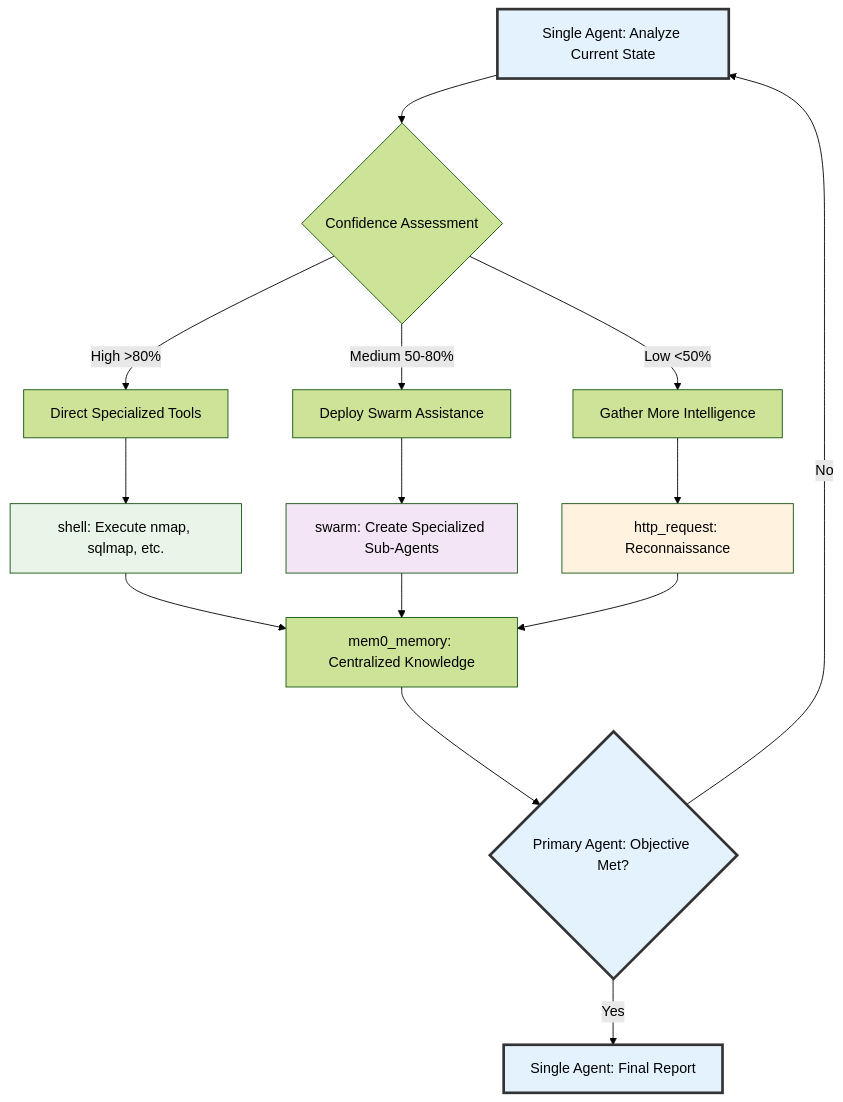
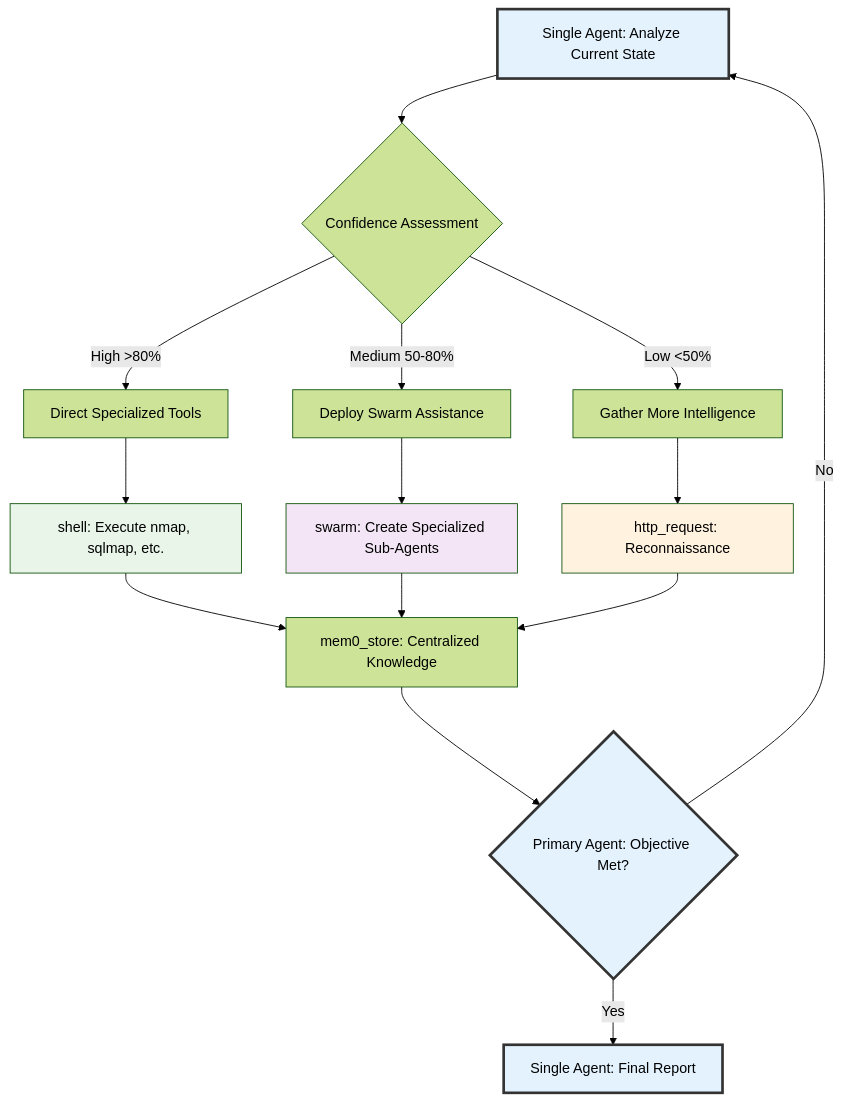
The third of 5 diagrams in docs/architecture.md (double16/Cyber-AutoAgent-ng), drawn with Mermaid (forest theme) before and after one commit. The commit also changed other lines of this file and 129 other files, not shown here.

````diff
--- a/docs/architecture.md
+++ b/docs/architecture.md
@@ -120,27 +120,27 @@
 ```mermaid
 flowchart TD
     A[Single Agent: Analyze Current State] --> B{Confidence Assessment}
     
     B -->|High >80%| C[Direct Specialized Tools]
     B -->|Medium 50-80%| D[Deploy Swarm Assistance] 
     B -->|Low <50%| E[Gather More Intelligence]
     
     C --> F[shell: Execute nmap, sqlmap, etc.]
     D --> G[swarm: Create Specialized Sub-Agents]
     E --> H[http_request: Reconnaissance]
     
-    F --> I[mem0_memory: Centralized Knowledge]
+    F --> I[mem0_store: Centralized Knowledge]
     G --> I
     H --> I
     
     I --> J{Primary Agent: Objective Met?}
     J -->|No| A
     J -->|Yes| K[Single Agent: Final Report]
     
     style A fill:#e3f2fd,stroke:#333,stroke-width:3px
     style J fill:#e3f2fd,stroke:#333,stroke-width:3px
     style K fill:#e3f2fd,stroke:#333,stroke-width:3px
     style F fill:#e8f5e8
     style G fill:#f3e5f5
     style H fill:#fff3e0
 ```
````
